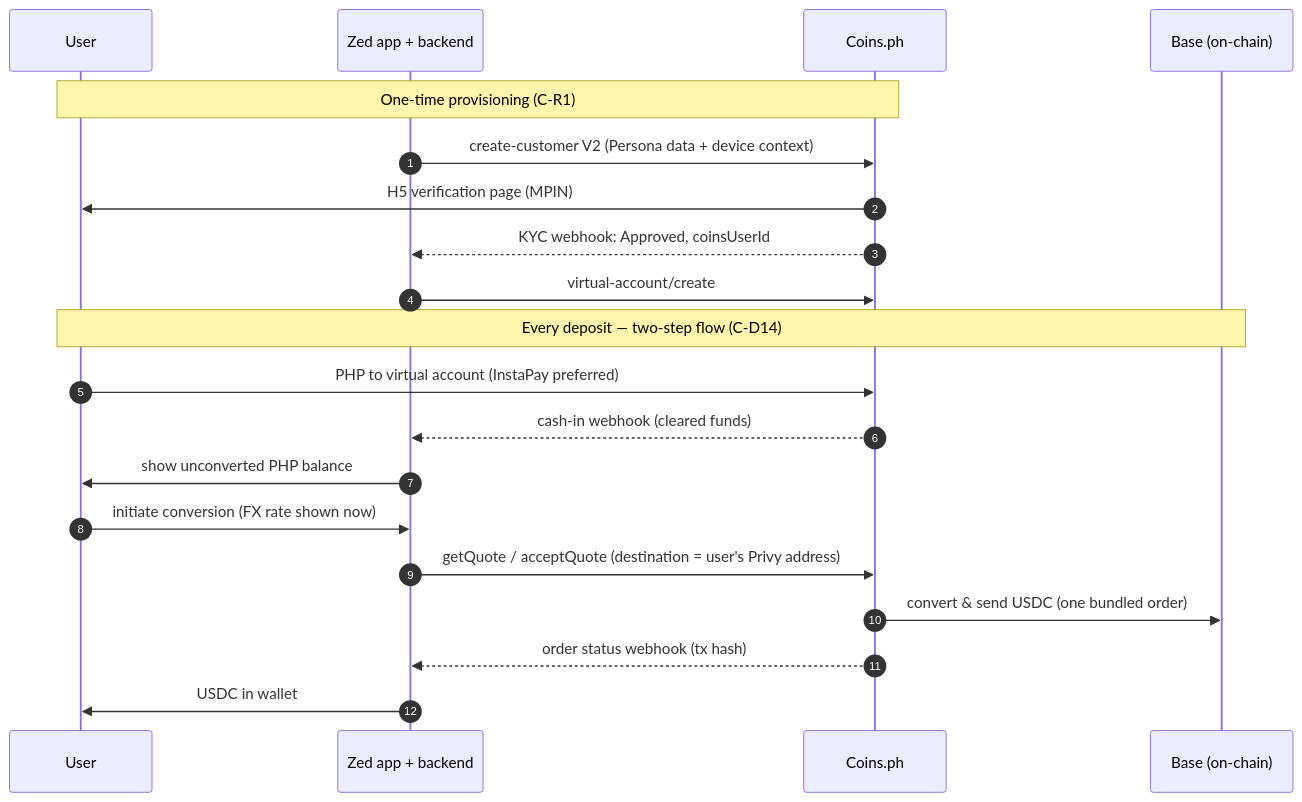
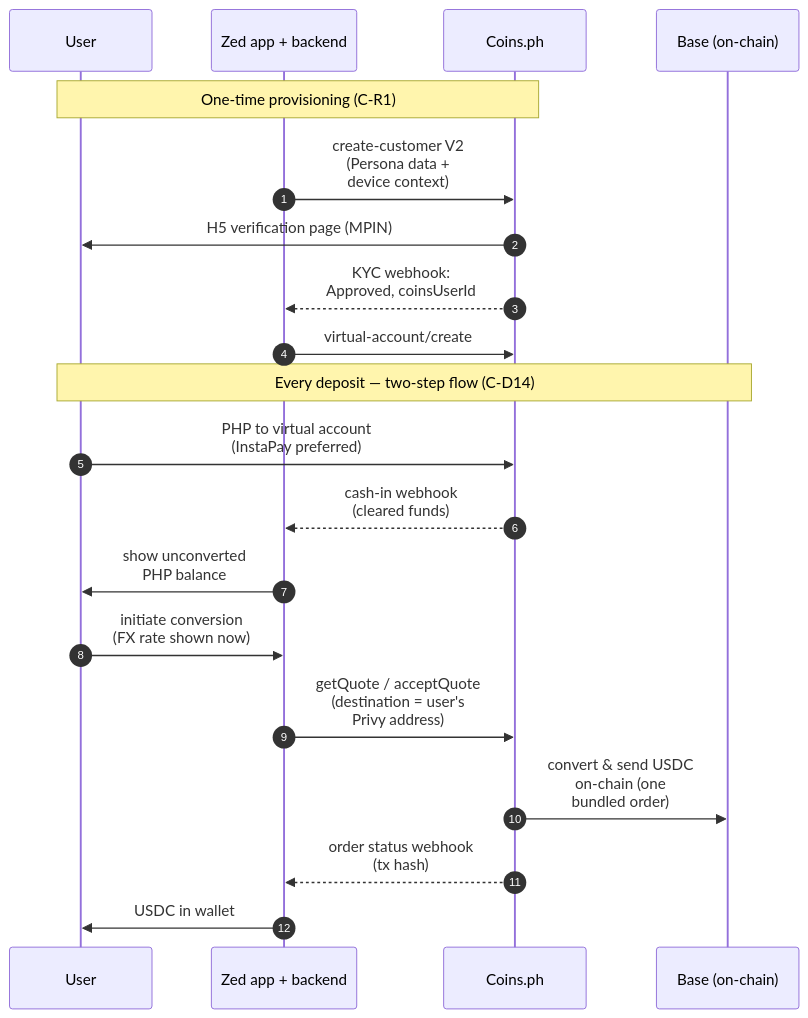
The diagram in tracks/c-usdc-vasp-privy/research/coinsph-integration.md (STAbraham/stablecoin-project), drawn with Mermaid before and after one commit. The commit also changed 21 other files, not shown here.

Commit message:
Team-doc rendering fix: vertical diagram layouts, print-DPI PNGs, styled docx reference (Arial hierarchy); pipeline scripts into tools/

````diff
--- a/tracks/c-usdc-vasp-privy/research/coinsph-integration.md
+++ b/tracks/c-usdc-vasp-privy/research/coinsph-integration.md
@@ -39,22 +39,22 @@
 ```mermaid
 sequenceDiagram
     autonumber
     participant U as User
     participant Z as Zed app + backend
     participant C as Coins.ph
     participant B as Base (on-chain)
     note over U,C: One-time provisioning (C-R1)
-    Z->>C: create-customer V2 (Persona data + device context)
+    Z->>C: create-customer V2<br/>(Persona data +<br/>device context)
     C->>U: H5 verification page (MPIN)
-    C-->>Z: KYC webhook: Approved, coinsUserId
+    C-->>Z: KYC webhook:<br/>Approved, coinsUserId
     Z->>C: virtual-account/create
     note over U,B: Every deposit — two-step flow (C-D14)
-    U->>C: PHP to virtual account (InstaPay preferred)
-    C-->>Z: cash-in webhook (cleared funds)
-    Z->>U: show unconverted PHP balance
-    U->>Z: initiate conversion (FX rate shown now)
-    Z->>C: getQuote / acceptQuote (destination = user's Privy address)
-    C->>B: convert & send USDC (one bundled order)
-    C-->>Z: order status webhook (tx hash)
+    U->>C: PHP to virtual account<br/>(InstaPay preferred)
+    C-->>Z: cash-in webhook<br/>(cleared funds)
+    Z->>U: show unconverted<br/>PHP balance
+    U->>Z: initiate conversion<br/>(FX rate shown now)
+    Z->>C: getQuote / acceptQuote<br/>(destination = user's<br/>Privy address)
+    C->>B: convert & send USDC<br/>on-chain (one<br/>bundled order)
+    C-->>Z: order status webhook<br/>(tx hash)
     Z->>U: USDC in wallet
 ```
````
